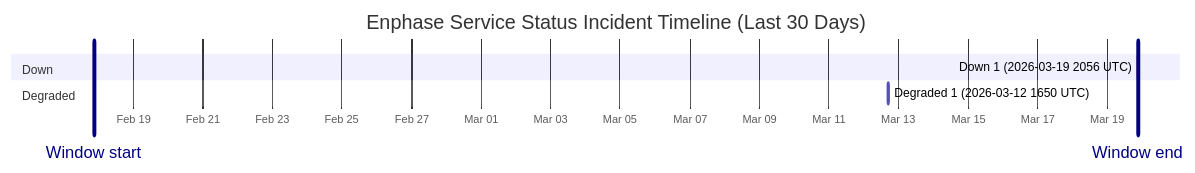
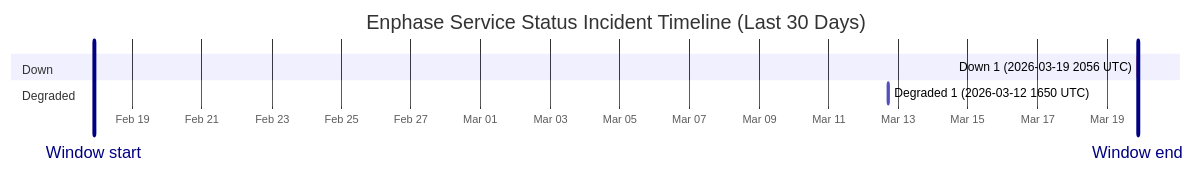
The diagram in wiki/Service-Status-History.md (barneyonline/ha-enphase-ev-charger), drawn with Mermaid before and after one commit. The commit also changed other lines of this file and 3 other files, not shown here.

````diff
--- a/wiki/Service-Status-History.md
+++ b/wiki/Service-Status-History.md
@@ -14,12 +14,12 @@
 ```mermaid
 gantt
     title Enphase Service Status Incident Timeline (Last 30 Days)
     dateFormat  YYYY-MM-DDTHH:mm:ss
     axisFormat  %b %d
-    Window start :vert, window-start, 2026-02-17T20:56:20, 0ms
-    Window end :vert, window-end, 2026-03-19T20:56:20, 0ms
+    Window start :vert, window-start, 2026-02-17T21:26:50, 0ms
+    Window end :vert, window-end, 2026-03-19T21:26:50, 0ms
     section Down
     Down 1 (2026-03-19 2056 UTC) :crit, down-1, 2026-03-19T20:56:20, 60m
     section Degraded
     Degraded 1 (2026-03-12 1650 UTC) :active, degraded-1, 2026-03-12T16:50:43, 60m
 ```
````
